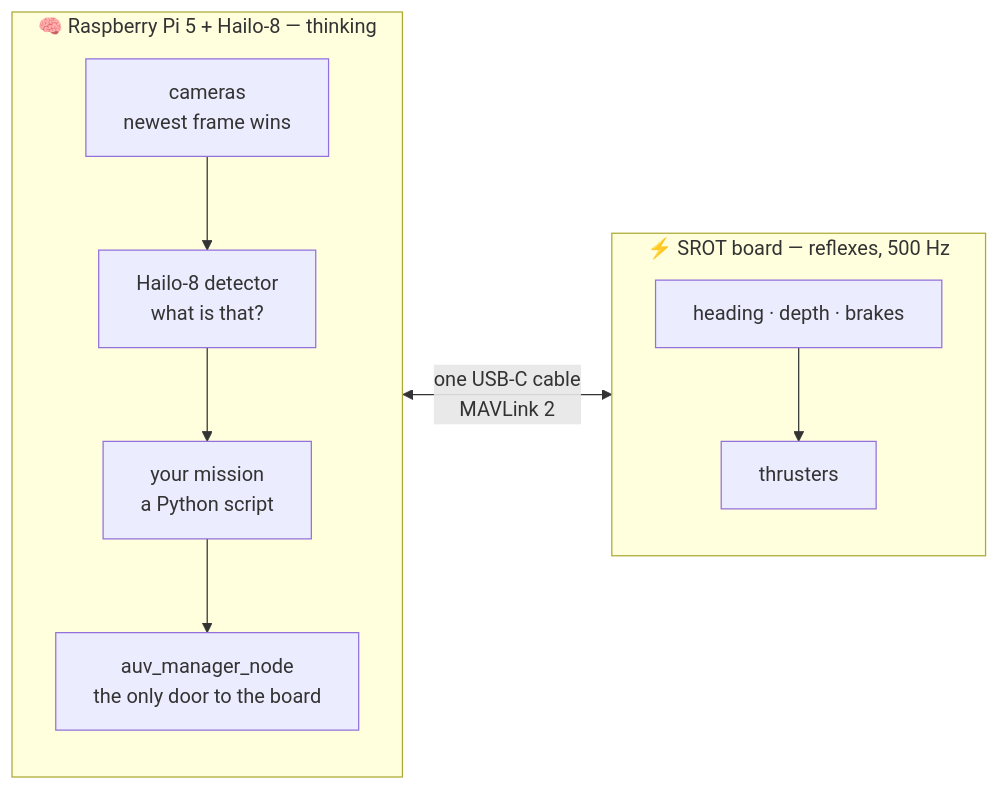
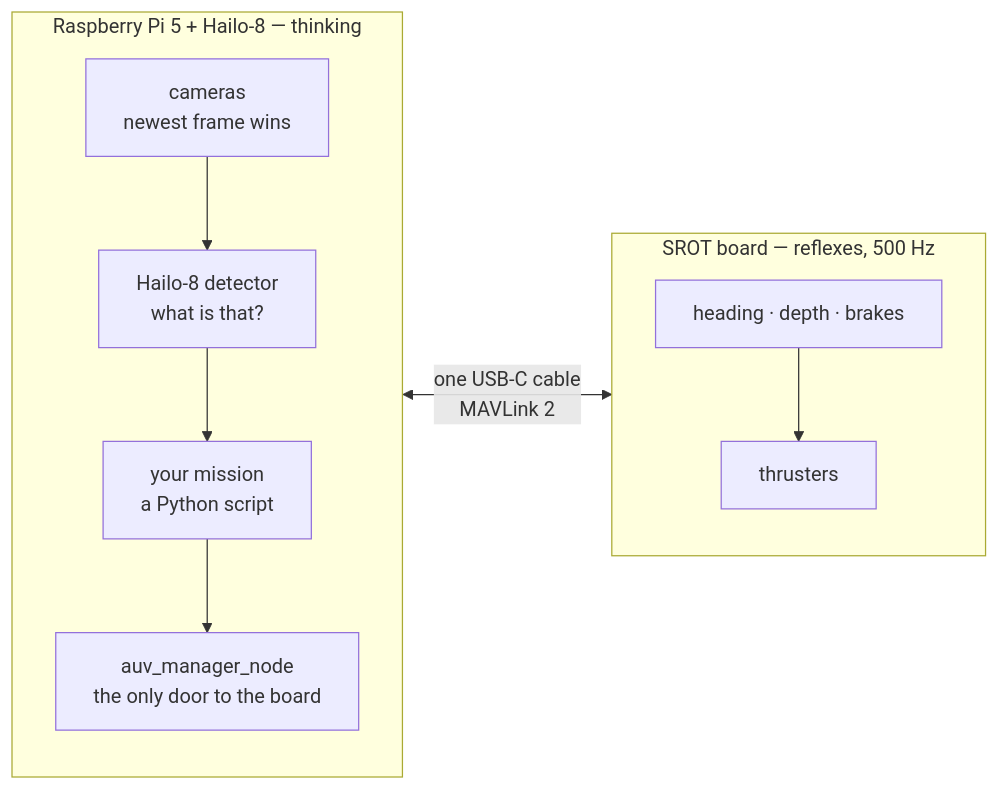
Before and after one commit to fh1m/mongla_ws: the first of 3 diagrams in .claude/context/wiki/Home.md, drawn with Mermaid. The commit also changed other lines of this file and 521 other files, not shown here.

````diff
--- a/.claude/context/wiki/Home.md
+++ b/.claude/context/wiki/Home.md
@@ -30,14 +30,14 @@
 ```mermaid
 flowchart LR
-    subgraph THINK["🧠 Raspberry Pi 5 + Hailo-8 — thinking"]
+    subgraph THINK["Raspberry Pi 5 + Hailo-8 — thinking"]
         direction TB
         EYE["cameras<br/>newest frame wins"] --> NET["Hailo-8 detector<br/>what is that?"]
         NET --> MIS["your mission<br/>a Python script"]
         MIS --> MGR["auv_manager_node<br/>the only door to the board"]
     end
-    subgraph REFLEX["⚡ SROT board — reflexes, 500 Hz"]
+    subgraph REFLEX["SROT board — reflexes, 500 Hz"]
         direction TB
         CTRL["heading · depth · brakes"] --> MOT["thrusters"]
     end
     MGR <-->|"one USB-C cable<br/>MAVLink 2"| CTRL
 ```
````
